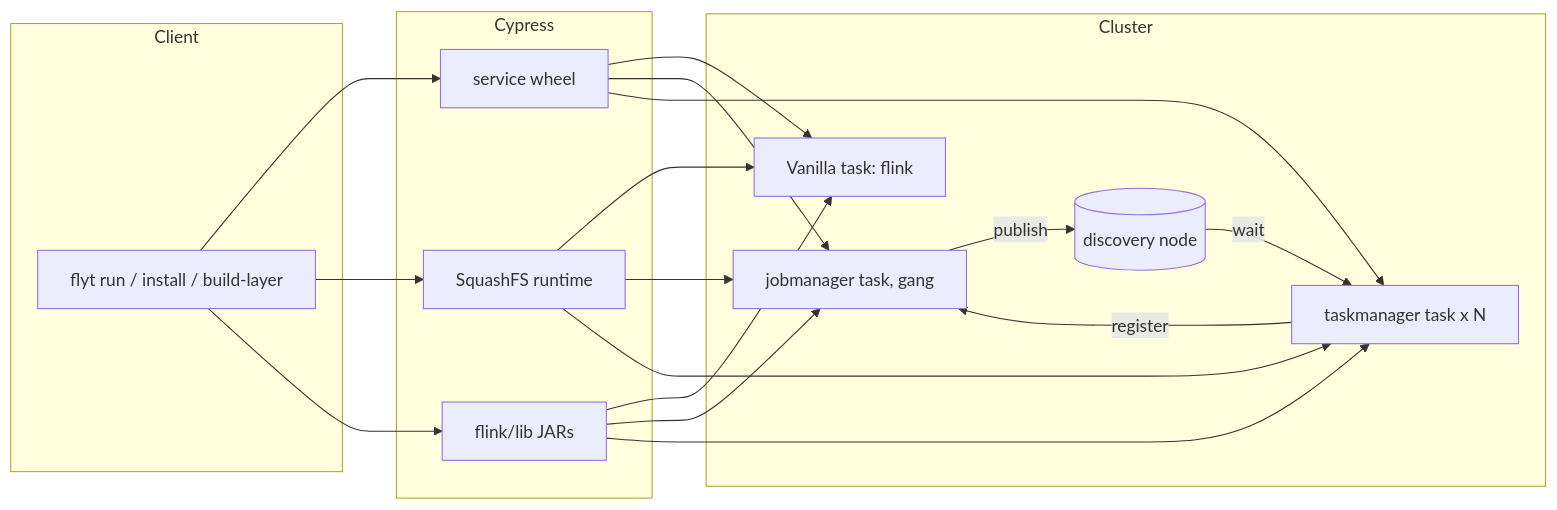
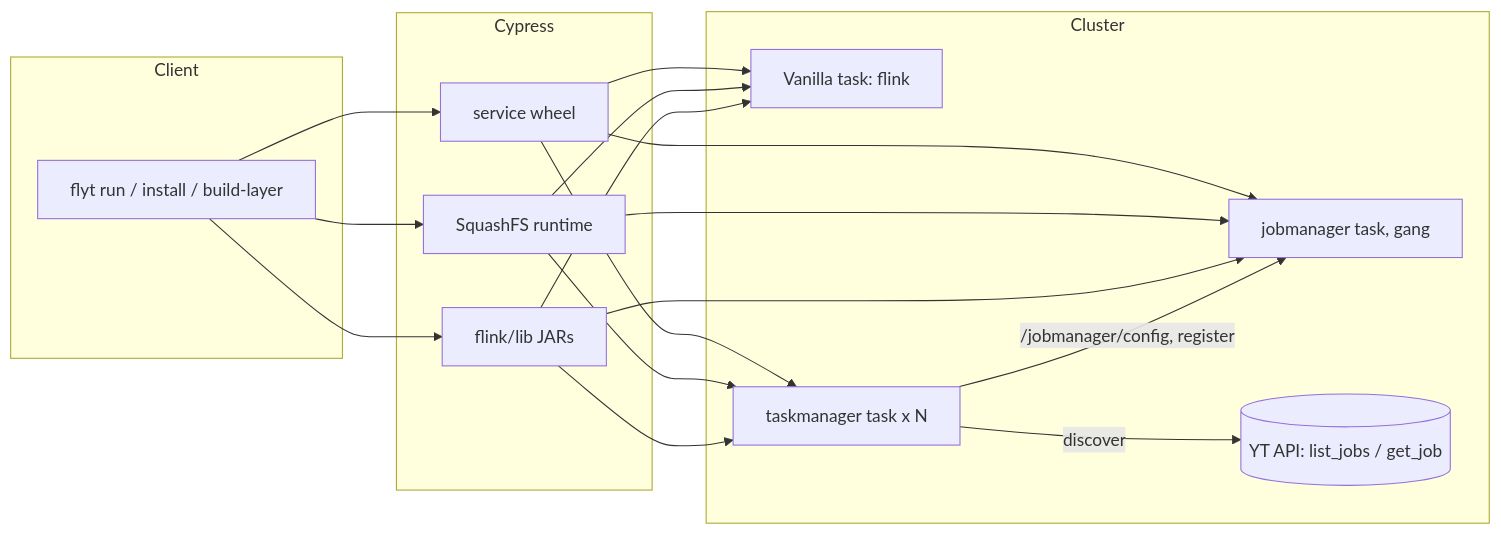
The first of 2 diagrams in python/ARCHITECTURE.md (ytsaurus/ytsaurus-flyt), drawn with Mermaid before and after one commit. The commit also changed other lines of this file and 15 other files, not shown here.

First line of the commit message:
refactor(python): discover the JobManager through the YT API instead of Cypress

````diff
--- a/python/ARCHITECTURE.md
+++ b/python/ARCHITECTURE.md
@@ -20,23 +20,22 @@
 ```mermaid
 flowchart LR
     subgraph Client
         A[flyt run / install / build-layer]
     end
     subgraph Cypress
         W[service wheel]
         R[SquashFS runtime]
         J[flink/lib JARs]
     end
     subgraph Cluster
         V[Vanilla task: flink]
         JM[jobmanager task, gang]
         TM[taskmanager task x N]
-        D[(discovery node)]
+        API[(YT API: list_jobs / get_job)]
     end
     A --> W & R & J
     W & R & J --> V
     W & R & J --> JM & TM
-    JM -- publish --> D
-    D -- wait --> TM
-    TM -- register --> JM
+    TM -- discover --> API
+    TM -- /jobmanager/config, register --> JM
 ```
````
